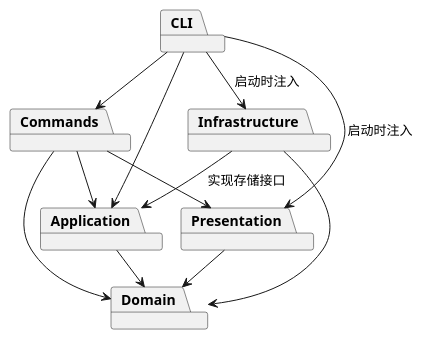
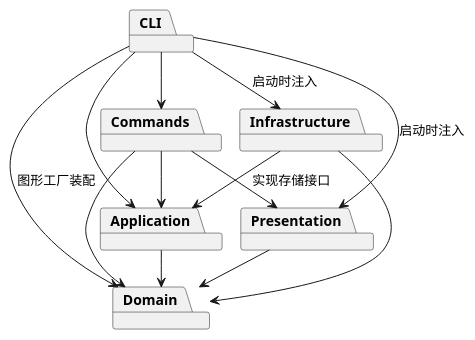
One commit to zxy0303/svg-editor-cli-lab1 changed the diagram in doc/architecture.puml. Above: the diagram before and after it, drawn with PlantUML. The commit also changed 4 other files, not shown here.

Commit message:
docs: finalize architecture diagram, process log and acceptance evidence

```diff
--- a/doc/architecture.puml
+++ b/doc/architecture.puml
@@ -1,20 +1,21 @@
 @startuml
 !pragma layout smetana
 package "CLI" as CLI
 package "Commands" as Commands
 package "Application" as Application
 package "Domain" as Domain
 package "Infrastructure" as Infrastructure
 package "Presentation" as Presentation
 CLI --> Commands
 CLI --> Application
+CLI --> Domain : 图形工厂装配
 CLI --> Infrastructure : 启动时注入
 CLI --> Presentation : 启动时注入
 Commands --> Application
 Commands --> Domain
 Commands --> Presentation
 Application --> Domain
 Infrastructure --> Application : 实现存储接口
 Infrastructure --> Domain
 Presentation --> Domain
 @enduml
```
